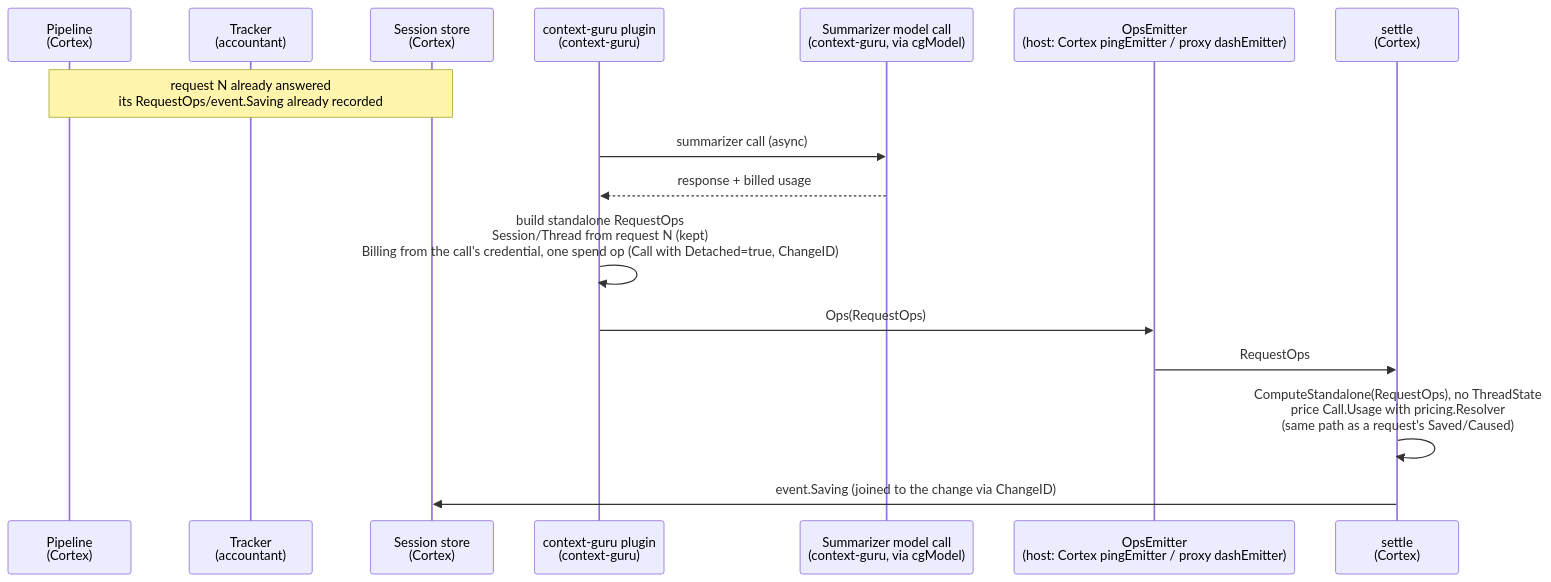
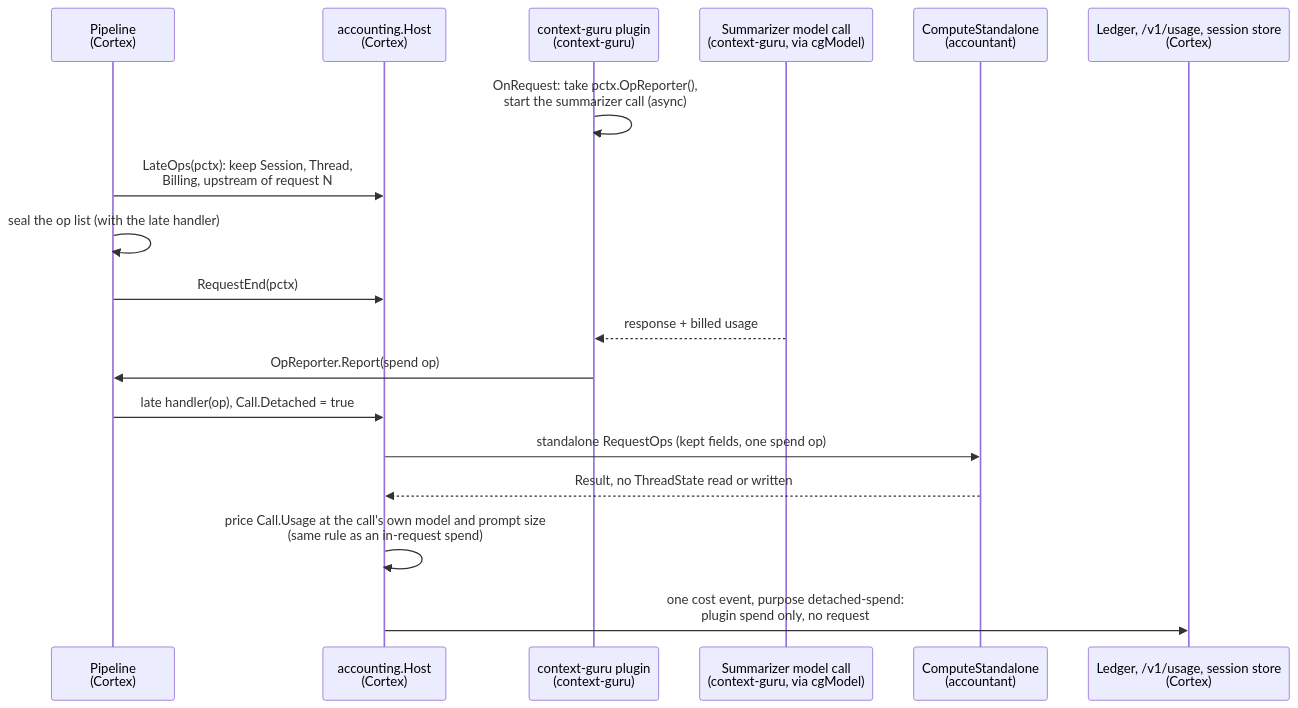
The second of 3 diagrams in docs/cortex-wiring.md (rossoctl/accountant), drawn with Mermaid before and after one commit. The commit also changed other lines of this file, not shown here.

First line of the commit message:
docs(wiring): describe how Cortex books a detached model call (W4.8 B)

````diff
--- a/docs/cortex-wiring.md
+++ b/docs/cortex-wiring.md
@@ -211,19 +222,21 @@
 ```mermaid
 sequenceDiagram
     participant Pipeline as Pipeline<br/>(Cortex)
-    participant Tracker as Tracker<br/>(accountant)
-    participant Store as Session store<br/>(Cortex)
+    participant Host as accounting.Host<br/>(Cortex)
     participant Plugin as context-guru plugin<br/>(context-guru)
     participant Model as Summarizer model call<br/>(context-guru, via cgModel)
-    participant Emitter as OpsEmitter<br/>(host: Cortex pingEmitter / proxy dashEmitter)
-    participant Settle as settle<br/>(Cortex)
+    participant Lib as ComputeStandalone<br/>(accountant)
+    participant Store as Ledger, /v1/usage, session store<br/>(Cortex)
 
-    Note over Pipeline,Store: request N already answered<br/>its RequestOps/event.Saving already recorded
-    Plugin->>Model: summarizer call (async)
+    Plugin->>Plugin: OnRequest: take pctx.OpReporter(),<br/>start the summarizer call (async)
+    Pipeline->>Host: LateOps(pctx): keep Session, Thread,<br/>Billing, upstream of request N
+    Pipeline->>Pipeline: seal the op list (with the late handler)
+    Pipeline->>Host: RequestEnd(pctx)
     Model-->>Plugin: response + billed usage
-    Plugin->>Plugin: build standalone RequestOps<br/>Session/Thread from request N (kept)<br/>Billing from the call's credential, one spend op (Call with Detached=true, ChangeID)
-    Plugin->>Emitter: Ops(RequestOps)
-    Emitter->>Settle: RequestOps
-    Settle->>Settle: ComputeStandalone(RequestOps), no ThreadState<br/>price Call.Usage with pricing.Resolver<br/>(same path as a request's Saved/Caused)
-    Settle->>Store: event.Saving (joined to the change via ChangeID)
+    Plugin->>Pipeline: OpReporter.Report(spend op)
+    Pipeline->>Host: late handler(op), Call.Detached = true
+    Host->>Lib: standalone RequestOps (kept fields, one spend op)
+    Lib-->>Host: Result, no ThreadState read or written
+    Host->>Host: price Call.Usage at the call's own model and prompt size<br/>(same rule as an in-request spend)
+    Host->>Store: one cost event, purpose detached-spend:<br/>plugin spend only, no request
 ```
````
